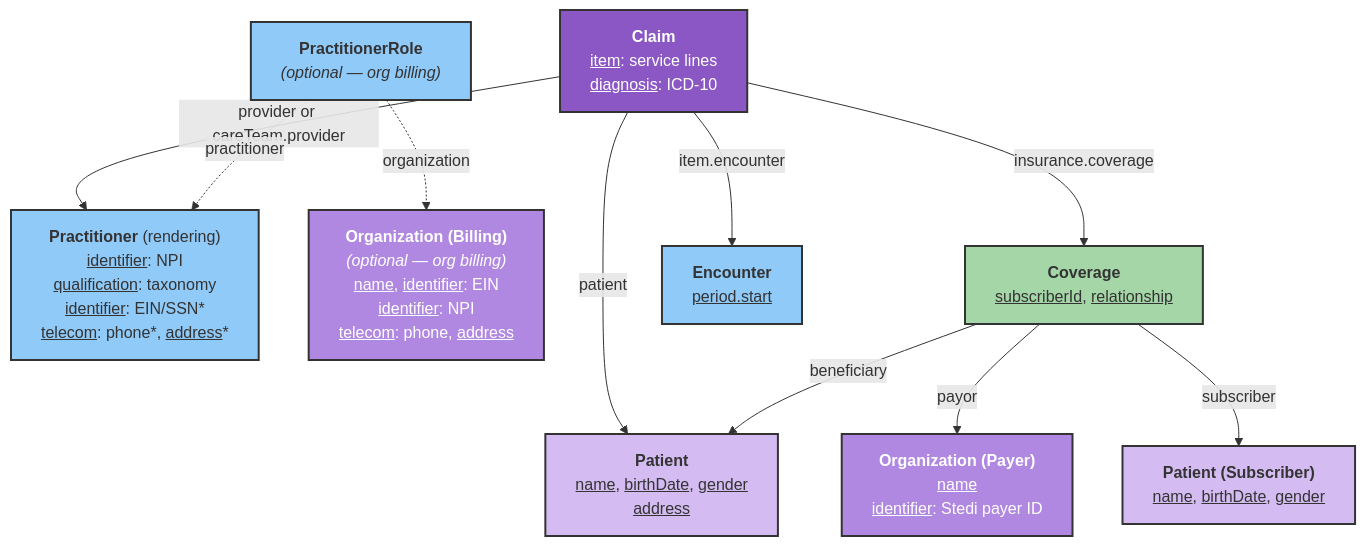
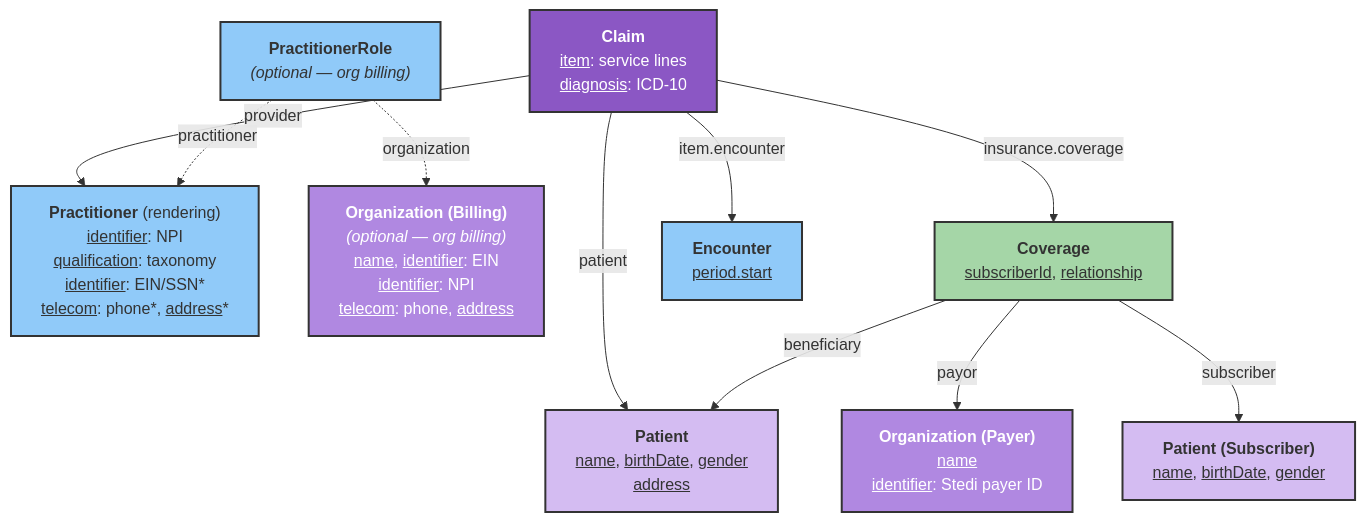
One commit to medplum/medplum changed the diagram in packages/docs/docs/integration/stedi/claim-submission/professional-claims.md. Above: the diagram before and after it, drawn with Mermaid. The commit also changed other lines of this file, not shown here.

````diff
--- a/packages/docs/docs/integration/stedi/claim-submission/professional-claims.md
+++ b/packages/docs/docs/integration/stedi/claim-submission/professional-claims.md
@@ -19,44 +19,44 @@
 ```mermaid
 flowchart TD
     Claim["<div style='text-align: center;'><strong>Claim</strong></div><u>item</u>: service lines<br><u>diagnosis</u>: ICD-10"]
 
     Patient["<div style='text-align: center;'><strong>Patient</strong></div><u>name</u>, <u>birthDate</u>, <u>gender</u><br><u>address</u>"]
 
     Practitioner["<div style='text-align: center;'><strong>Practitioner</strong> (rendering)</div><u>identifier</u>: NPI<br><u>qualification</u>: taxonomy<br><u>identifier</u>: EIN/SSN*<br><u>telecom</u>: phone*, <u>address</u>*"]
 
     PractitionerRole["<div style='text-align: center;'><strong>PractitionerRole</strong></div><em>(optional — org billing)</em>"]
 
     BillingOrg["<div style='text-align: center;'><strong>Organization (Billing)</strong></div><em>(optional — org billing)</em><br><u>name</u>, <u>identifier</u>: EIN<br><u>identifier</u>: NPI<br><u>telecom</u>: phone, <u>address</u>"]
 
     Coverage["<div style='text-align: center;'><strong>Coverage</strong></div><u>subscriberId</u>, <u>relationship</u>"]
 
     Subscriber["<div style='text-align: center;'><strong>Patient (Subscriber)</strong></div><u>name</u>, <u>birthDate</u>, <u>gender</u>"]
 
     PayerOrg["<div style='text-align: center;'><strong>Organization (Payer)</strong></div><u>name</u><br><u>identifier</u>: Stedi payer ID"]
 
     Encounter["<div style='text-align: center;'><strong>Encounter</strong></div><u>period.start</u>"]
 
     Claim -->|patient| Patient
-    Claim -->|provider or careTeam.provider| Practitioner
+    Claim -->|provider| Practitioner
     Claim -->|insurance.coverage| Coverage
     Claim -->|item.encounter| Encounter
 
     PractitionerRole -.->|practitioner| Practitioner
     PractitionerRole -.->|organization| BillingOrg
 
     Coverage -->|payor| PayerOrg
     Coverage -->|subscriber| Subscriber
     Coverage -->|beneficiary| Patient
 
     classDef claim fill:#8B57C4,stroke:#333,stroke-width:2px,color:#fff
     classDef organization fill:#B088E1,stroke:#333,stroke-width:2px,color:#fff
     classDef patient fill:#D4BCF2,stroke:#333,stroke-width:2px
     classDef coverage fill:#A5D6A7,stroke:#333,stroke-width:2px
     classDef provider fill:#90CAF9,stroke:#333,stroke-width:2px
 
     class Claim claim
     class BillingOrg,PayerOrg organization
     class Patient,Subscriber patient
     class Coverage coverage
     class Practitioner,PractitionerRole,Encounter provider
 ```
````
